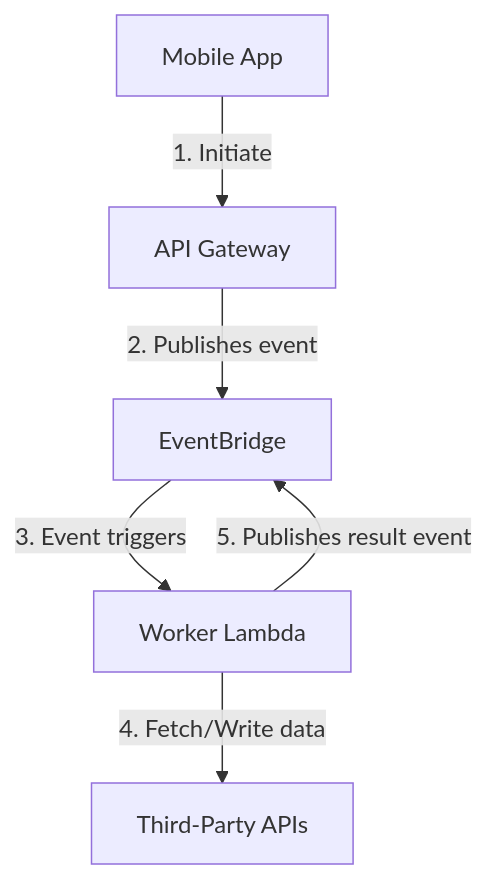
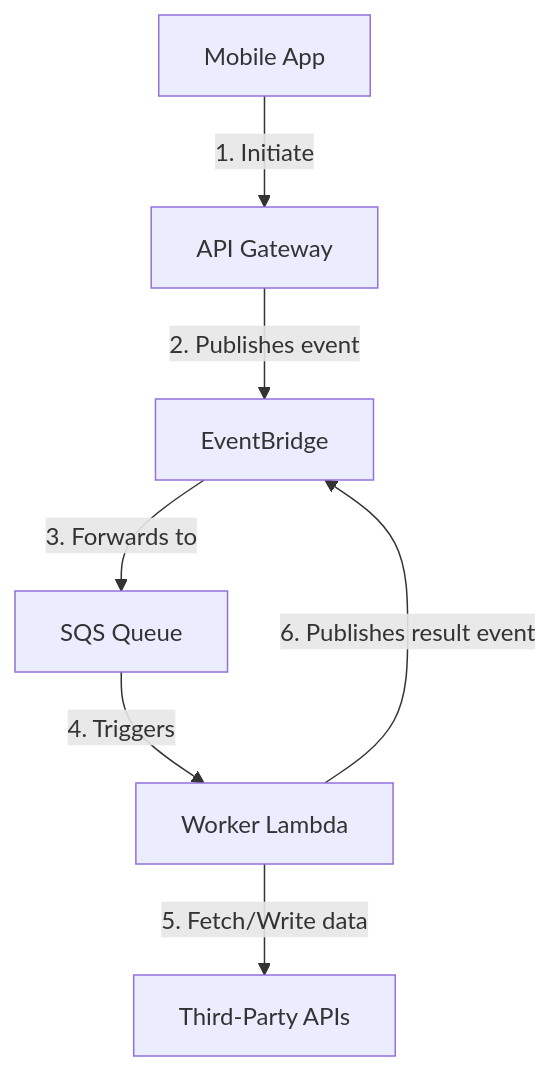
The third of 4 diagrams in 06-technical-architecture.md (dino10bit/healthsync), drawn with Mermaid before and after one commit. The commit also changed other lines of this file, not shown here.

First line of the commit message:
docs: Enhance technical architecture document

````diff
--- a/06-technical-architecture.md
+++ b/06-technical-architecture.md
@@ -207,8 +209,9 @@
 ```mermaid
 graph TD
     A[Mobile App] -- 1. Initiate --> B[API Gateway]
     B -- 2. Publishes event --> C[EventBridge]
-    C -- 3. Event triggers --> D[Worker Lambda]
-    D -- 4. Fetch/Write data --> E[Third-Party APIs]
-    D -- 5. Publishes result event --> C
+    C -- 3. Forwards to --> SQS[SQS Queue]
+    SQS -- 4. Triggers --> D[Worker Lambda]
+    D -- 5. Fetch/Write data --> E[Third-Party APIs]
+    D -- 6. Publishes result event --> C
 ```
````
